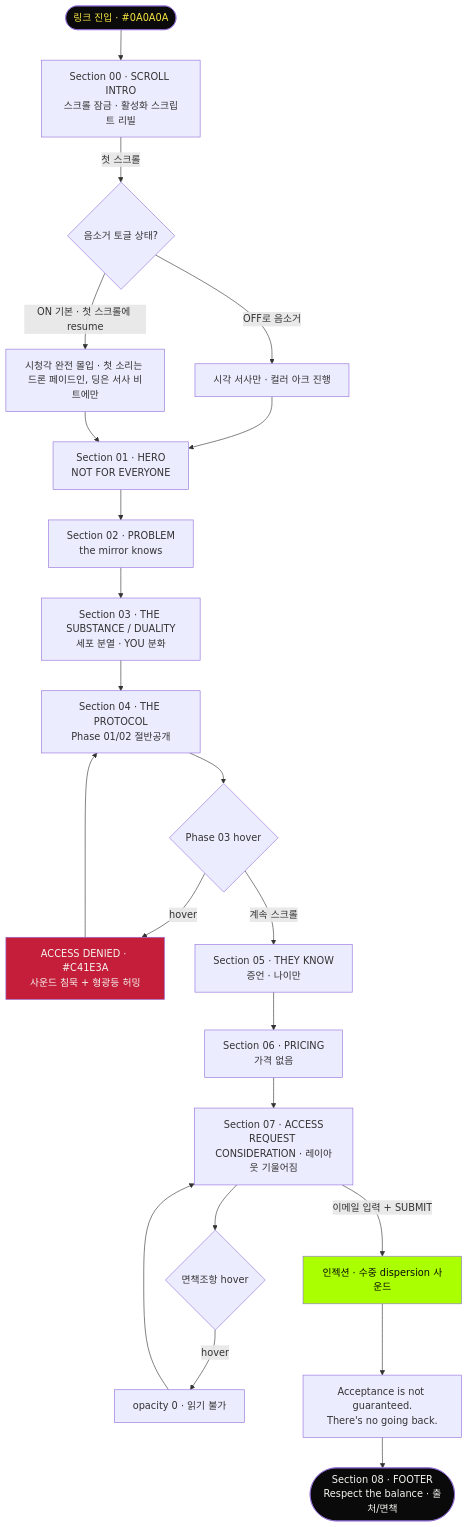
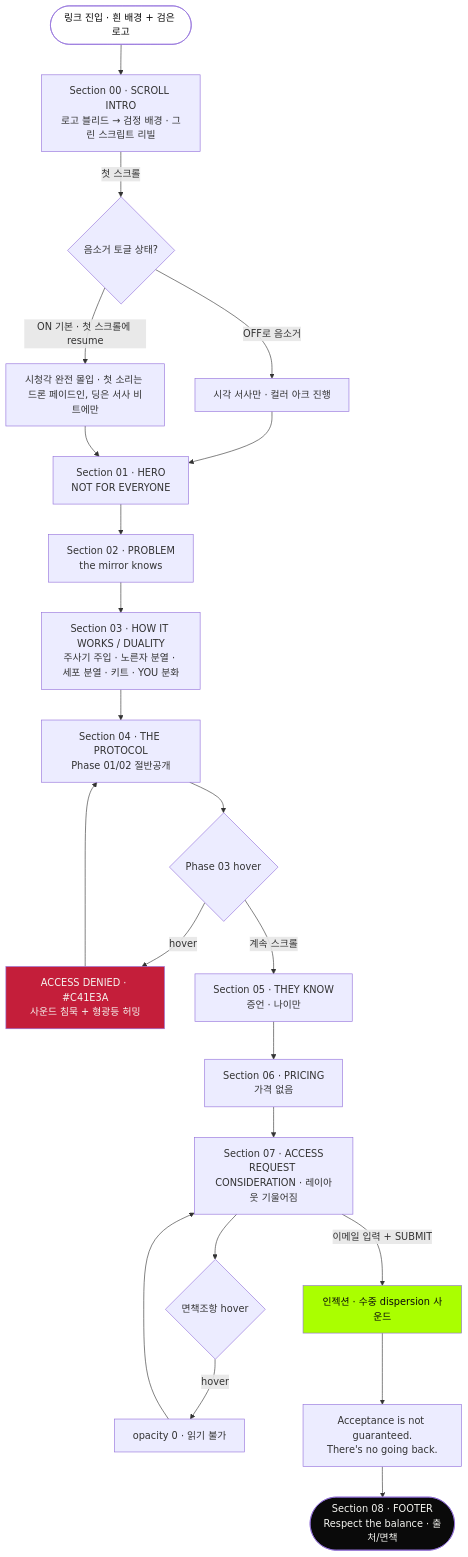
One commit to cm123kk/You.onlybetter changed the diagram in docs/the-substance/02-ux-flow.md. Above: the diagram before and after it, drawn with Mermaid. The commit also changed other lines of this file and 98 other files, not shown here.

Commit message:
hero+how it works

````diff
--- a/docs/the-substance/02-ux-flow.md
+++ b/docs/the-substance/02-ux-flow.md
@@ -220,34 +279,34 @@
 ```mermaid
 flowchart TD
-    START([링크 진입 · #0A0A0A]) --> INTRO[Section 00 · SCROLL INTRO<br/>스크롤 잠금 · 활성화 스크립트 리빌]
+    START([링크 진입 · 흰 배경 + 검은 로고]) --> INTRO[Section 00 · SCROLL INTRO<br/>로고 블리드 → 검정 배경 · 그린 스크립트 리빌]
     INTRO -->|첫 스크롤| SOUNDGATE{음소거 토글 상태?}
     SOUNDGATE -->|OFF로 음소거| VISUAL[시각 서사만 · 컬러 아크 진행]
     SOUNDGATE -->|ON 기본 · 첫 스크롤에 resume| FULL[시청각 완전 몰입 · 첫 소리는 드론 페이드인, 딩은 서사 비트에만]
     VISUAL --> HERO
     FULL --> HERO
 
     HERO[Section 01 · HERO<br/>NOT FOR EVERYONE] --> PROBLEM[Section 02 · PROBLEM<br/>the mirror knows]
-    PROBLEM --> SUBSTANCE[Section 03 · THE SUBSTANCE / DUALITY<br/>세포 분열 · YOU 분화]
+    PROBLEM --> SUBSTANCE[Section 03 · HOW IT WORKS / DUALITY<br/>주사기 주입 · 노른자 분열 · 세포 분열 · 키트 · YOU 분화]
     SUBSTANCE --> PROTOCOL[Section 04 · THE PROTOCOL<br/>Phase 01/02 절반공개]
 
     PROTOCOL --> LOCK{Phase 03 hover}
     LOCK -->|hover| DENIED[ACCESS DENIED · #C41E3A<br/>사운드 침묵 + 형광등 허밍]
     DENIED --> PROTOCOL
     LOCK -->|계속 스크롤| KNOW
 
     KNOW[Section 05 · THEY KNOW<br/>증언 · 나이만] --> PRICING[Section 06 · PRICING<br/>가격 없음]
     PRICING --> ACCESS[Section 07 · ACCESS<br/>REQUEST CONSIDERATION · 레이아웃 기울어짐]
 
     ACCESS --> DISC{면책조항 hover}
     DISC -->|hover| VANISH[opacity 0 · 읽기 불가]
     VANISH --> ACCESS
 
     ACCESS -->|이메일 입력 + SUBMIT| INJECT[인젝션 · 수중 dispersion 사운드]
     INJECT --> RESULT[Acceptance is not guaranteed.<br/>There's no going back.]
     RESULT --> FOOTER([Section 08 · FOOTER<br/>Respect the balance · 출처/면책])
 
-    style START fill:#0A0A0A,color:#F5E642
+    style START fill:#FFFFFF,color:#0A0A0A
     style DENIED fill:#C41E3A,color:#F5F5F0
     style INJECT fill:#AAFF00,color:#0A0A0A
     style FOOTER fill:#0A0A0A,color:#F5F5F0
 ```
````
